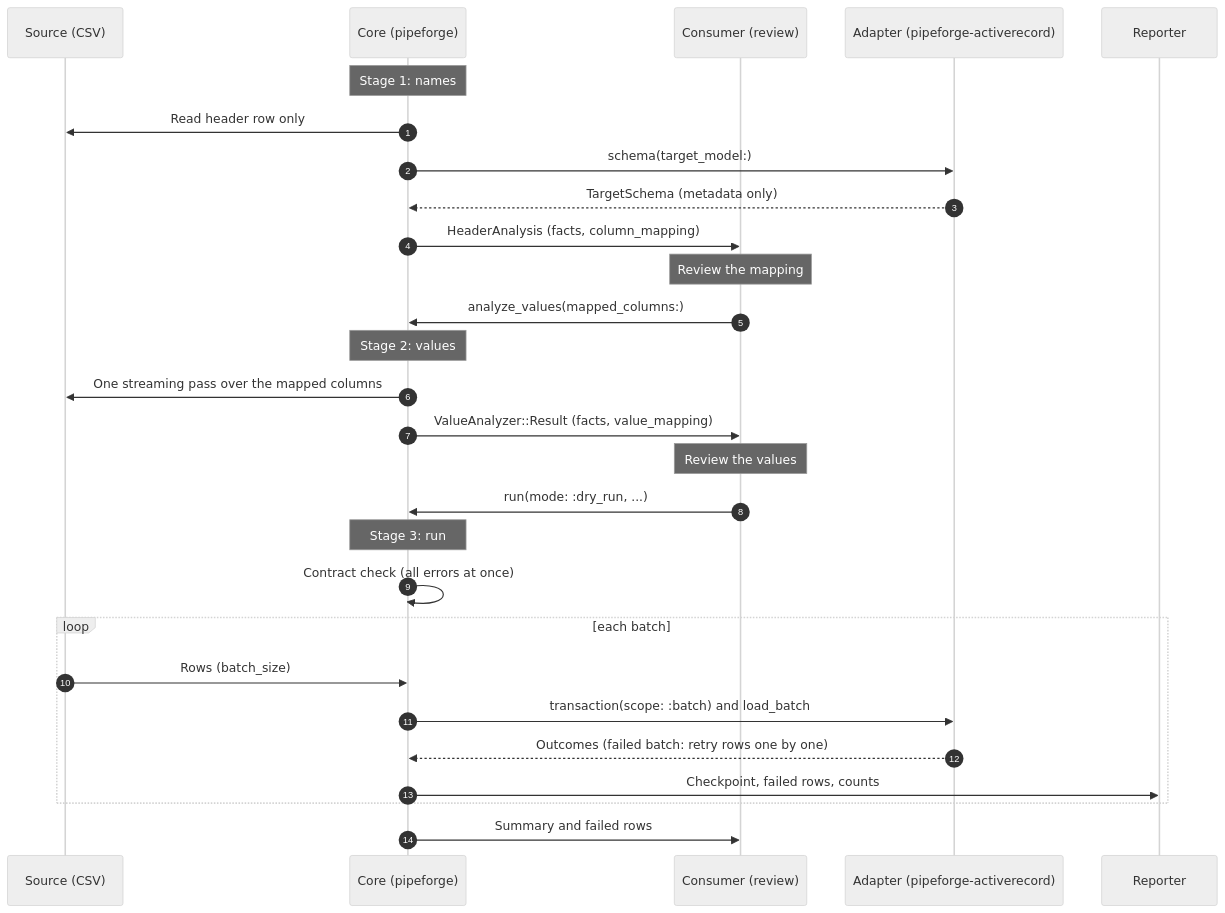
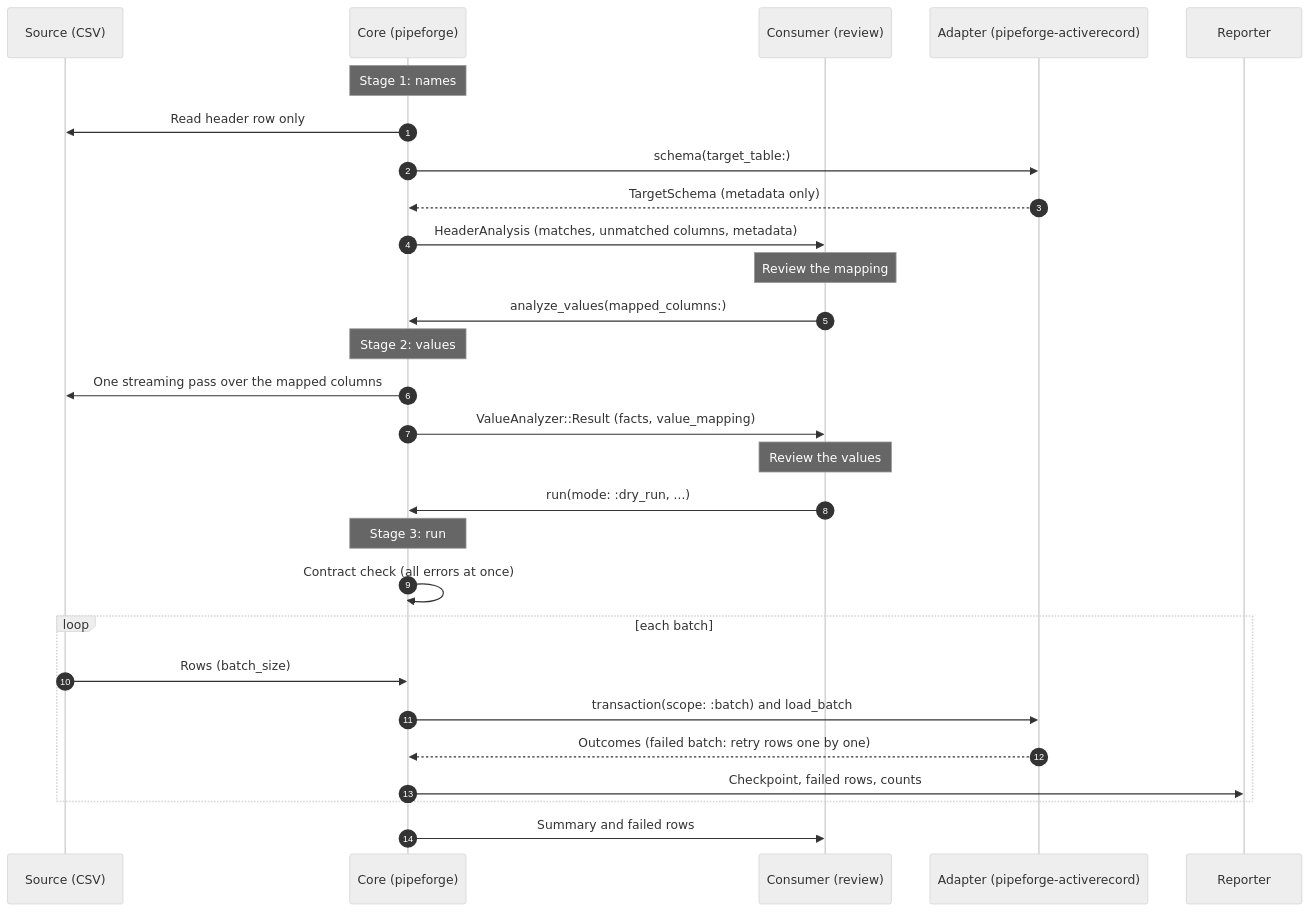
The second of 2 diagrams in docs/architecture/overview.md (venkydev02/Pipeforge), drawn with Mermaid (neutral theme) before and after one commit. The commit also changed other lines of this file and 98 other files, not shown here.

First line of the commit message:
Header stage, ActiveRecord adapter, and the core/adapter gem split (#5)

````diff
--- a/docs/architecture/overview.md
+++ b/docs/architecture/overview.md
@@ -120,35 +121,35 @@
 ```mermaid
 sequenceDiagram
     autonumber
     participant Src as Source (CSV)
     participant Core as Core (pipeforge)
     participant Consumer as Consumer (review)
     participant Adapter as Adapter (pipeforge-activerecord)
     participant Rep as Reporter
 
     Note over Core: Stage 1: names
     Core->>Src: Read header row only
-    Core->>Adapter: schema(target_model:)
+    Core->>Adapter: schema(target_table:)
     Adapter-->>Core: TargetSchema (metadata only)
-    Core->>Consumer: HeaderAnalysis (facts, column_mapping)
+    Core->>Consumer: HeaderAnalysis (matches, unmatched columns, metadata)
 
     Note over Consumer: Review the mapping
     Consumer->>Core: analyze_values(mapped_columns:)
 
     Note over Core: Stage 2: values
     Core->>Src: One streaming pass over the mapped columns
     Core->>Consumer: ValueAnalyzer::Result (facts, value_mapping)
 
     Note over Consumer: Review the values
     Consumer->>Core: run(mode: :dry_run, ...)
 
     Note over Core: Stage 3: run
     Core->>Core: Contract check (all errors at once)
     loop each batch
         Src->>Core: Rows (batch_size)
         Core->>Adapter: transaction(scope: :batch) and load_batch
         Adapter-->>Core: Outcomes (failed batch: retry rows one by one)
         Core->>Rep: Checkpoint, failed rows, counts
     end
     Core->>Consumer: Summary and failed rows
 ```
````
